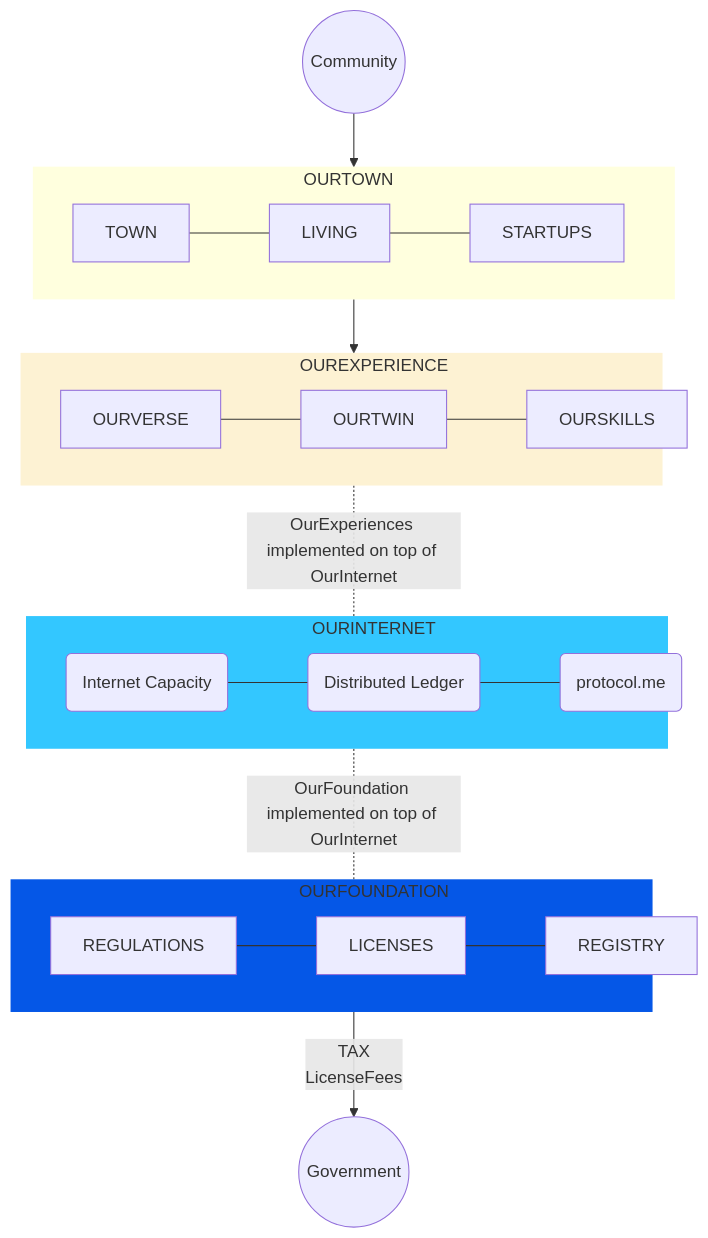
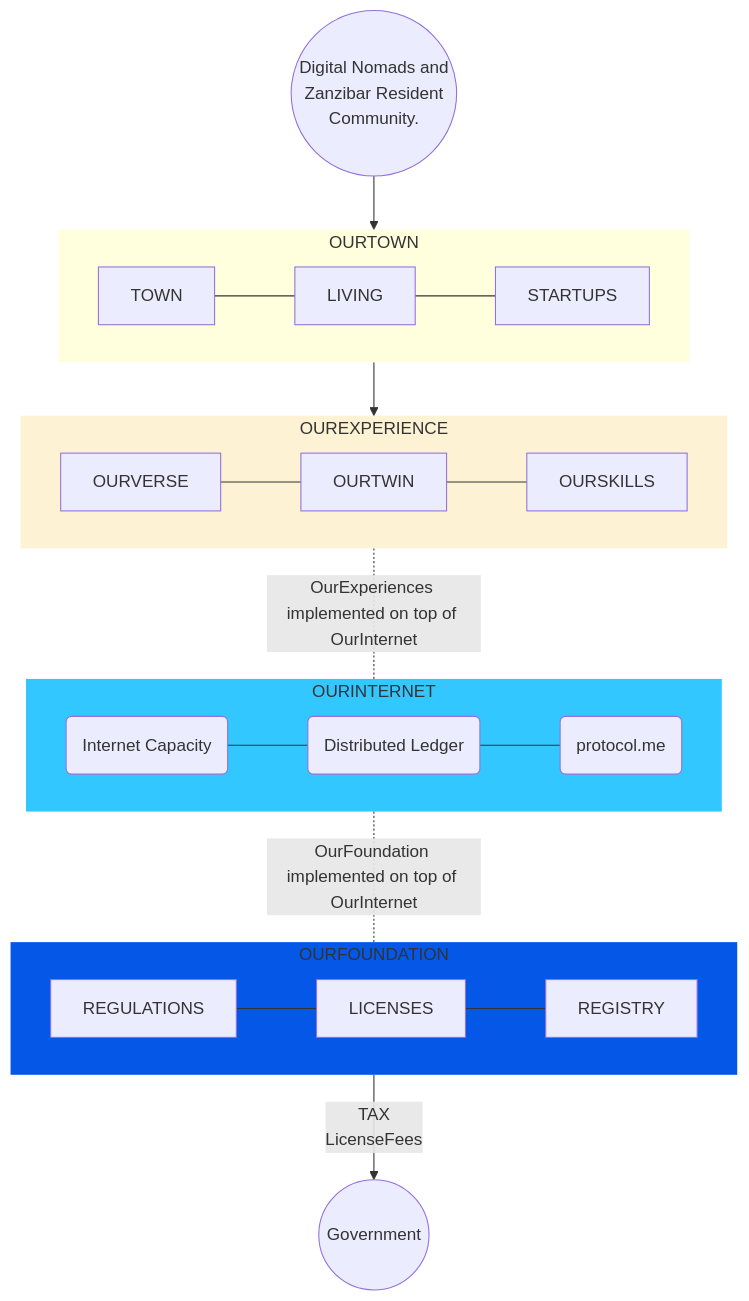
The diagram in content/ow_intro/ow_layers.md (ourworldventures/ourworld_books_OLD), drawn with Mermaid before and after one commit. The commit also changed 17 other files, not shown here.

````diff
--- a/content/ow_intro/ow_layers.md
+++ b/content/ow_intro/ow_layers.md
@@ -3,56 +3,44 @@
 ```mermaid
-%%{
-  init: {
-    "theme": "light",
-    "fontFamily": "monospace",
-    "logLevel": "info",
-    "flowchart": {
-      "htmlLabels": true,
-      "curve": "linear"
-    },
-  }
-}%%
-
 
 flowchart TD
 
 subgraph OURTOWN
     direction LR
     TOWN --- LIVING --- STARTUPS
 end
 
 subgraph OUREXPERIENCE
 direction LR
     OURVERSE --- OURTWIN --- OURSKILLS
     
 end
 
 subgraph OURINTERNET
 direction LR
     IC(Internet Capacity) --- LEDGER(Distributed Ledger) --- PM(protocol.me)
     
 end
 
 subgraph OURFOUNDATION
 direction LR
     REGULATIONS --- LICENSES --- REGISTRY
 end
 
 
 OURTOWN --> OUREXPERIENCE
 OUREXPERIENCE -.-|OurExperiences implemented on top of OurInternet| OURINTERNET
 OURINTERNET -.-|OurFoundation implemented on top of OurInternet| OURFOUNDATION
 
-PEOPLE((Community))
+PEOPLE((Digital Nomads and <br>Zanzibar Resident <br>Community.))
 GOVERNMENT((Government))
 
 PEOPLE --> OURTOWN
 OURFOUNDATION -->|TAX<br>LicenseFees| GOVERNMENT
 
-style OURTOWN fill:##FFC300,stroke:#333,stroke-width:0px,width:600,align:right
-style OUREXPERIENCE fill:#FDF2D3,stroke:#333,stroke-width:0px,width:600
-style OURINTERNET fill:#33C7FF,stroke:#333,stroke-width:0px,width:600
-style OURFOUNDATION fill:#0557E7,stroke:#333,stroke-width:0px,width:600
+style OURTOWN fill:##FFC300,stroke:#333,stroke-width:0px,align-text:center
+style OUREXPERIENCE fill:#FDF2D3,stroke:#333,stroke-width:0px
+style OURINTERNET fill:#33C7FF,stroke:#333,stroke-width:0px
+style OURFOUNDATION fill:#0557E7,stroke:#333,stroke-width:0px,align-text:center
 
 
 ```
````
